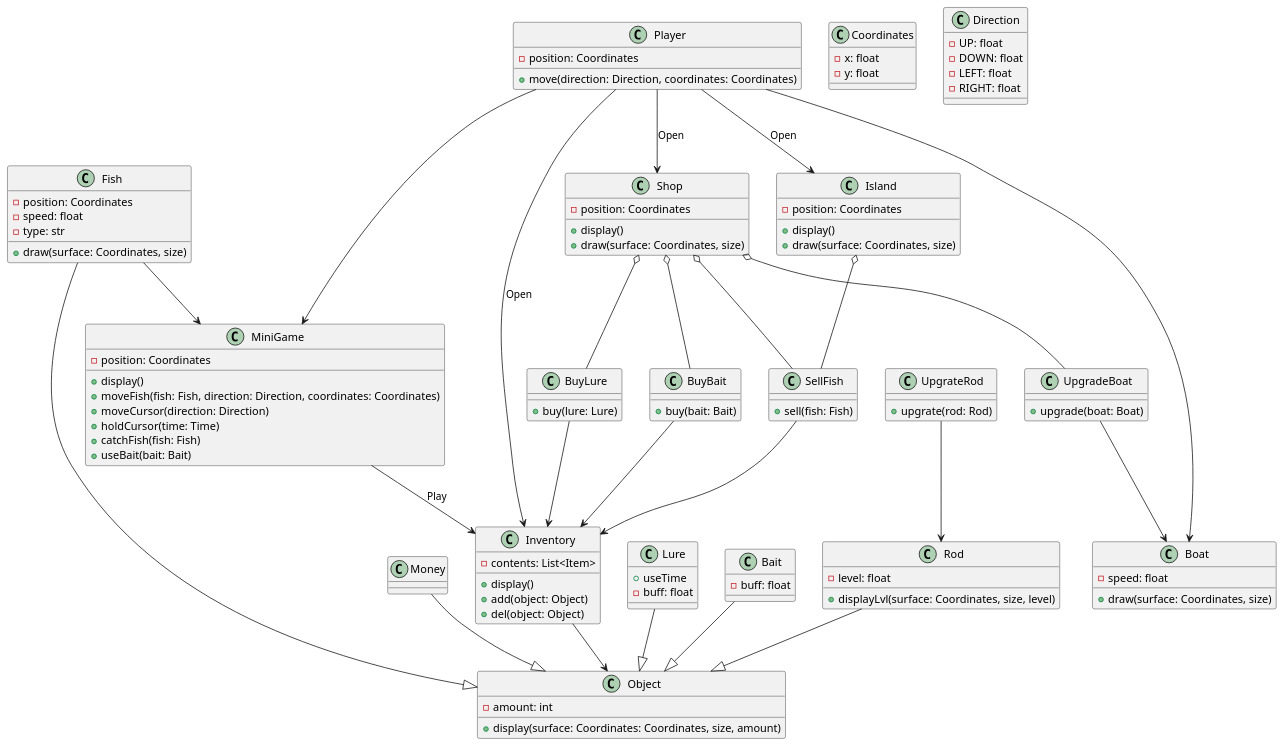
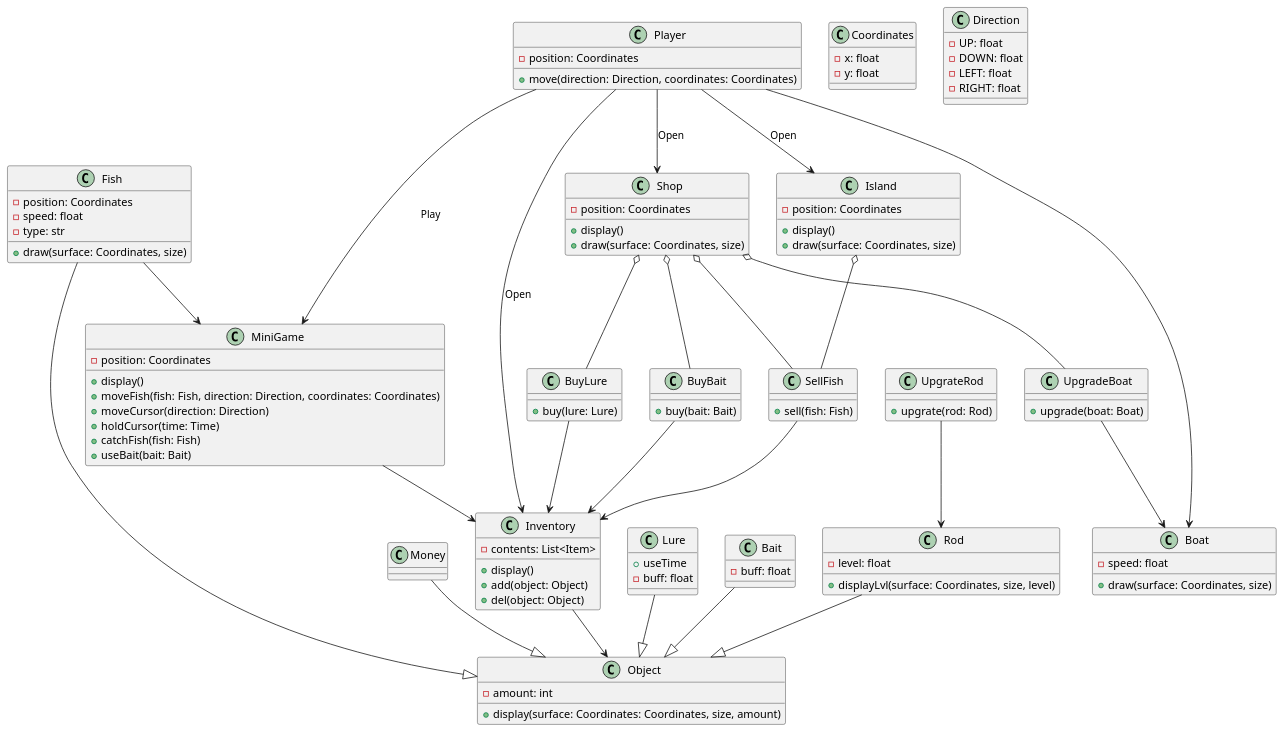
The diagram in docs/diagrams/struct/class_diagram.puml (lenk6663/studying), drawn with PlantUML before and after one commit. The commit also changed 1 other file, not shown here.

Commit message:
Fixed class_diagram

```diff
--- a/docs/diagrams/struct/class_diagram.puml
+++ b/docs/diagrams/struct/class_diagram.puml
@@ -1,128 +1,128 @@
 @startuml Диаграмма классов
 
 class Player {
     -position: Coordinates
     +move(direction: Direction, coordinates: Coordinates)
 }
 
 class Inventory {
     +display()
     -contents: List<Item>
     +add(object: Object)
     +del(object: Object)
 }
 
 class Object {
     -amount: int
     + display(surface: Coordinates: Coordinates, size, amount)
 }
 
 class Money {}
 
 class Fish {
     -position: Coordinates
     -speed: float
     -type: str
     +draw(surface: Coordinates, size)
 }
 
 class Lure {
     +useTime
     -buff: float
 }
 
 class Bait {
     -buff: float
 }
 
 class Coordinates {
     -x: float
     -y: float
 }
 
 class Direction {
     -UP: float
     -DOWN: float
     -LEFT: float
     -RIGHT: float
 }
 
 class Boat {
     -speed: float
     +draw(surface: Coordinates, size)
 }
 
 class Rod {
     -level: float
     +displayLvl(surface: Coordinates, size, level)
 }
 
 class MiniGame {
     -position: Coordinates
     +display()
     +moveFish(fish: Fish, direction: Direction, coordinates: Coordinates)
     +moveCursor(direction: Direction)
     +holdCursor(time: Time)
     +catchFish(fish: Fish)
     +useBait(bait: Bait)
 }
 
 class Shop {
     -position: Coordinates
     +display()
     +draw(surface: Coordinates, size)
 }
 
 class Island {
     -position: Coordinates
     +display()
     +draw(surface: Coordinates, size)
 }
 
 class SellFish {
     +sell(fish: Fish)
 }
 
 class UpgradeBoat {
     +upgrade(boat: Boat)
 }
 
 class UpgrateRod {
     +upgrate(rod: Rod)
 }
 
 class BuyBait {
     +buy(bait: Bait)
 }
 
 class BuyLure {
     +buy(lure: Lure)
 }
 
 
 
 Player --> Inventory : Open
 Inventory --> Object
 Fish --|> Object
 Lure --|> Object
 Rod --|> Object
 Bait --|> Object
 Money --|> Object
 Fish --> MiniGame
 Player --> Boat
-Player ---> MiniGame
-MiniGame --> Inventory : Play
+Player ---> MiniGame : Play
+MiniGame --> Inventory 
 Player --> Shop : Open
 Player --> Island : Open
 Shop o-- SellFish
 BuyBait --> Inventory
 BuyLure --> Inventory
 SellFish --> Inventory
 UpgradeBoat --> Boat
 UpgrateRod --> Rod
 Shop o-- UpgradeBoat
 Shop o-- BuyBait
 Shop o-- BuyLure
 Island o-- SellFish
 
 @enduml
```
